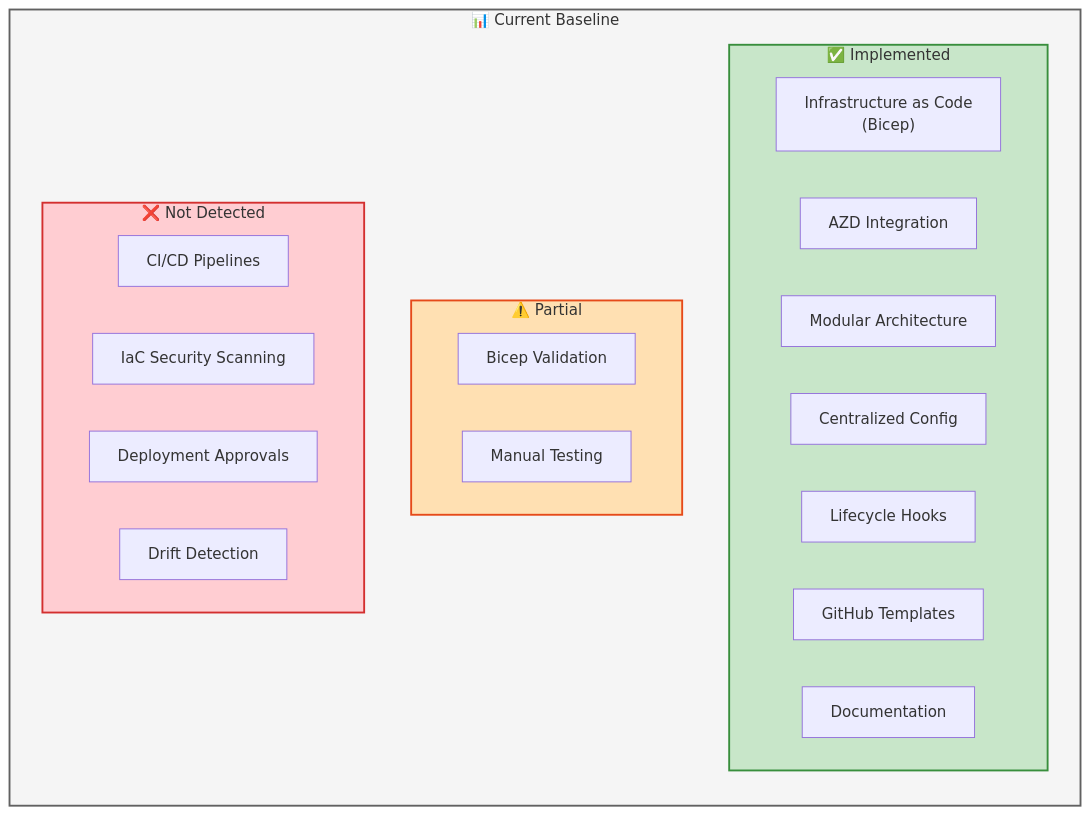
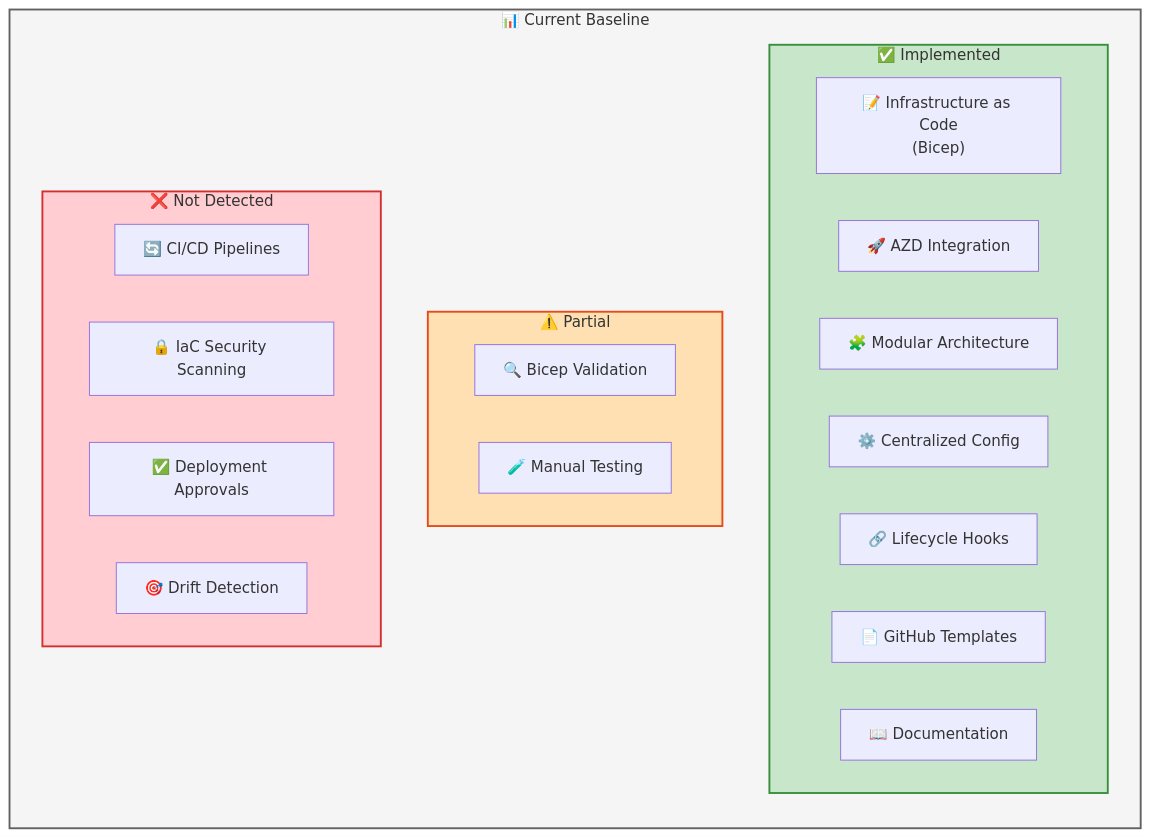
The third of 6 diagrams in docs/architecture/DevOps_Architecture_Document.md (Evilazaro/APIM-Accelerator), drawn with Mermaid before and after one commit. The commit also changed other lines of this file and 1 other file, not shown here.

Commit message:
Enhance architecture documents with improved icons and formatting for clarity and visual appeal

````diff
--- a/docs/architecture/DevOps_Architecture_Document.md
+++ b/docs/architecture/DevOps_Architecture_Document.md
@@ -246,34 +246,34 @@
 ```mermaid
 %%{init: {"flowchart": {"htmlLabels": false}} }%%
 flowchart LR
     subgraph baseline["📊 Current Baseline"]
         direction TB
 
         subgraph implemented["✅ Implemented"]
-            iac["Infrastructure as Code<br/>(Bicep)"]
-            azd["AZD Integration"]
-            modular["Modular Architecture"]
-            config["Centralized Config"]
-            hooks["Lifecycle Hooks"]
-            templates["GitHub Templates"]
-            docs["Documentation"]
+            iac["📝 Infrastructure as Code<br/>(Bicep)"]
+            azd["🚀 AZD Integration"]
+            modular["🧩 Modular Architecture"]
+            config["⚙️ Centralized Config"]
+            hooks["🔗 Lifecycle Hooks"]
+            templates["📄 GitHub Templates"]
+            docs["📖 Documentation"]
         end
 
         subgraph partial["⚠️ Partial"]
-            validation["Bicep Validation"]
-            testing["Manual Testing"]
+            validation["🔍 Bicep Validation"]
+            testing["🧪 Manual Testing"]
         end
 
         subgraph gap["❌ Not Detected"]
-            cicd["CI/CD Pipelines"]
-            iac_scan["IaC Security Scanning"]
-            approval["Deployment Approvals"]
-            drift["Drift Detection"]
+            cicd["🔄 CI/CD Pipelines"]
+            iac_scan["🔒 IaC Security Scanning"]
+            approval["✅ Deployment Approvals"]
+            drift["🎯 Drift Detection"]
         end
     end
 
     style baseline fill:#F5F5F5,stroke:#616161,stroke-width:2px
     style implemented fill:#C8E6C9,stroke:#388E3C,stroke-width:2px
     style partial fill:#FFE0B2,stroke:#E64A19,stroke-width:2px
     style gap fill:#FFCDD2,stroke:#D32F2F,stroke-width:2px
 ```
````
